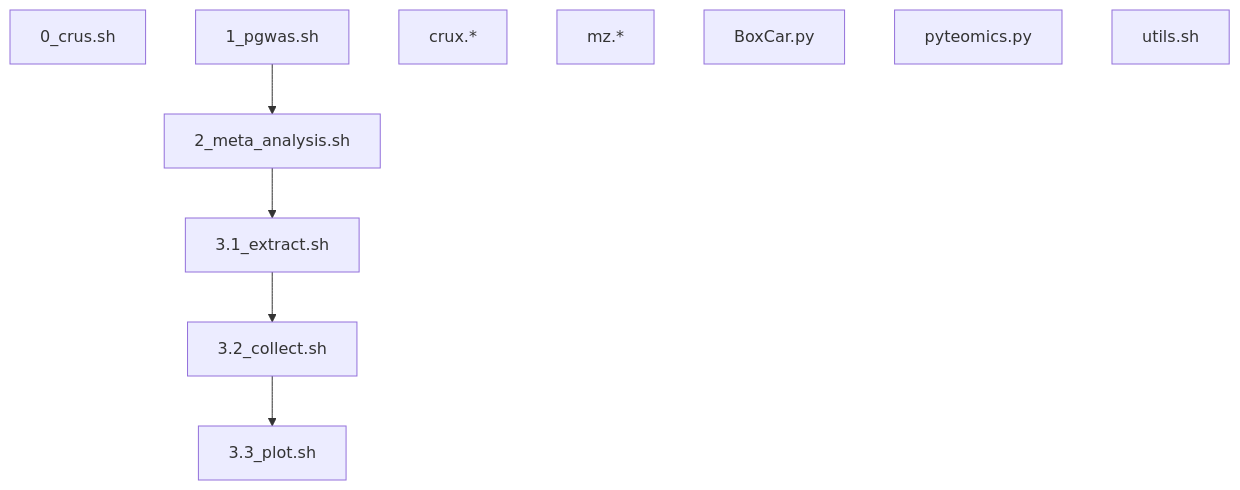
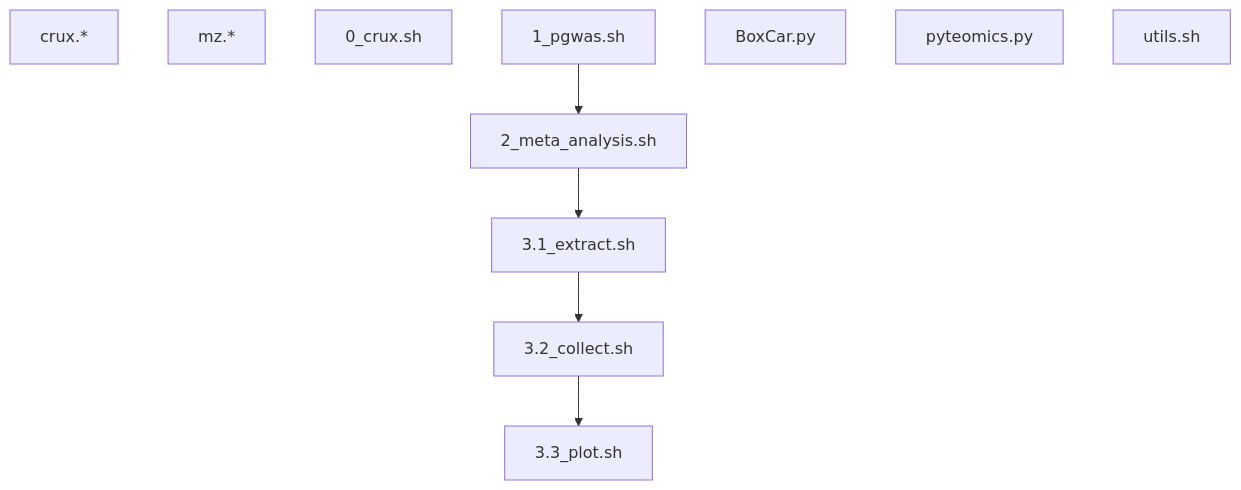
The diagram in peptide_progs/README.md (jinghuazhao/Caprion), drawn with Mermaid before and after one commit. The commit also changed other lines of this file, not shown here.

````diff
--- a/peptide_progs/README.md
+++ b/peptide_progs/README.md
@@ -28,15 +29,15 @@
 ```mermaid
 graph TD;
-0_crus.sh
+crux.*
+mz.*
+0_crux.sh
 1_pgwas.sh
 2_meta_analysis.sh
 3.1_extract.sh
 3.2_collect.sh
 3.3_plot.sh
 1_pgwas.sh --> 2_meta_analysis.sh --> 3.1_extract.sh --> 3.2_collect.sh --> 3.3_plot.sh
-crux.*
-mz.*
 BoxCar.py
 pyteomics.py
 utils.sh
 ```
````
